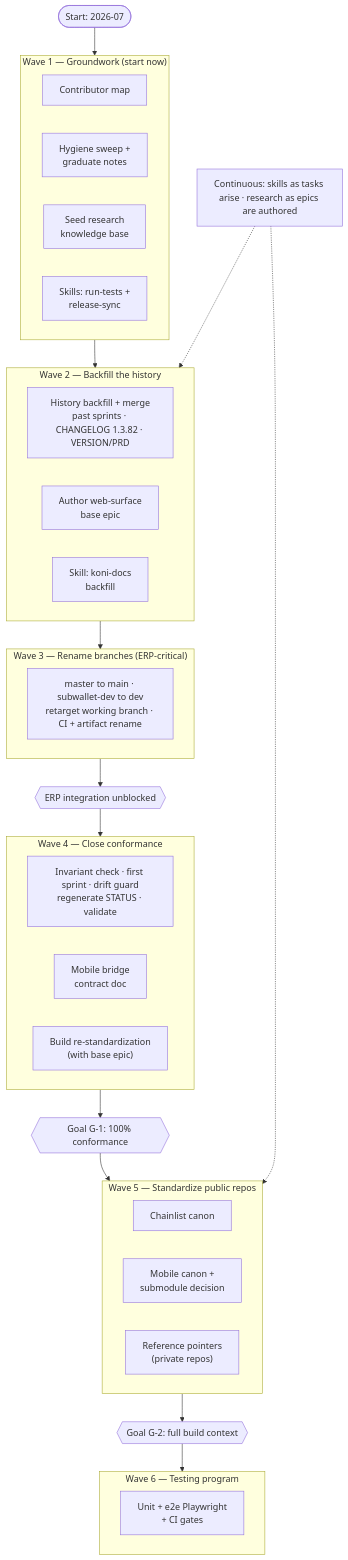
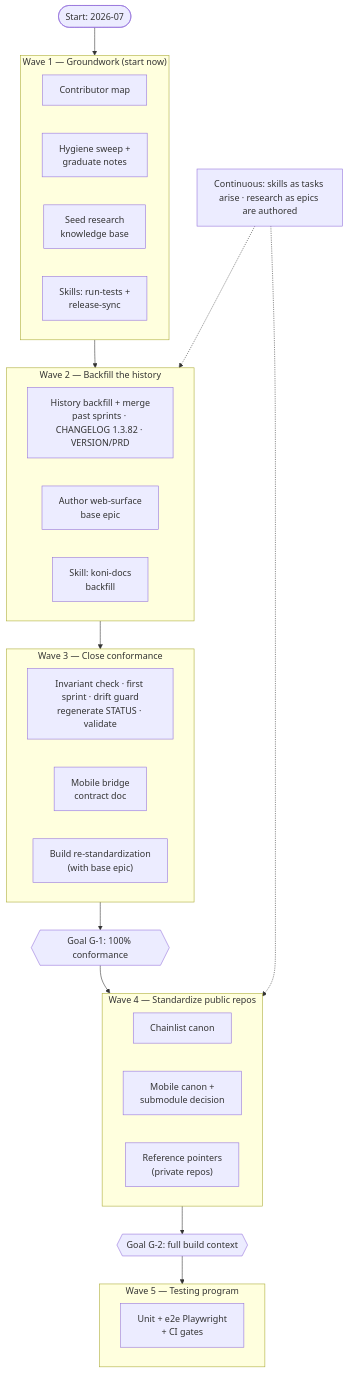
The second of 3 diagrams in docs/notes/2026-07-09.md (Koniverse/SubWallet-Extension), drawn with Mermaid before and after one commit. The commit also changed other lines of this file, not shown here.

First line of the commit message:
docs: remove branch rename (master→main, subwallet-dev→dev) from roadmap plan

````diff
--- a/docs/notes/2026-07-09.md
+++ b/docs/notes/2026-07-09.md
@@ -217,49 +182,44 @@
 ```mermaid
 flowchart TB
     START(["Start: 2026-07"]) --> WGROUND
 
     subgraph WGROUND["Wave 1 — Groundwork (start now)"]
         direction LR
         a1["Contributor map"]
         a2["Hygiene sweep +<br/>graduate notes"]
         a3["Seed research<br/>knowledge base"]
         a4["Skills: run-tests +<br/>release-sync"]
     end
 
     subgraph WBACK["Wave 2 — Backfill the history"]
         direction LR
         b1["History backfill + merge<br/>past sprints · CHANGELOG 1.3.82 · VERSION/PRD"]
         b2["Author web-surface<br/>base epic"]
         b3["Skill: koni-docs<br/>backfill"]
     end
 
-    subgraph WREN["Wave 3 — Rename branches (ERP-critical)"]
-        r1["master to main · subwallet-dev to dev<br/>retarget working branch · CI + artifact rename"]
-    end
-    ERPGATE{{"ERP integration unblocked"}}
-
-    subgraph WCONF["Wave 4 — Close conformance"]
+    subgraph WCONF["Wave 3 — Close conformance"]
         direction LR
         c1["Invariant check · first sprint · drift guard<br/>regenerate STATUS · validate"]
         c2["Mobile bridge<br/>contract doc"]
         c3["Build re-standardization<br/>(with base epic)"]
     end
     G1GATE{{"Goal G-1: 100% conformance"}}
 
-    subgraph WREPO["Wave 5 — Standardize public repos"]
+    subgraph WREPO["Wave 4 — Standardize public repos"]
         direction LR
         i1["Chainlist canon"]
         i2["Mobile canon +<br/>submodule decision"]
         i3["Reference pointers<br/>(private repos)"]
     end
     G2GATE{{"Goal G-2: full build context"}}
 
-    subgraph WTEST["Wave 6 — Testing program"]
+    subgraph WTEST["Wave 5 — Testing program"]
         t1["Unit + e2e Playwright<br/>+ CI gates"]
     end
 
-    WGROUND --> WBACK --> WREN --> ERPGATE --> WCONF --> G1GATE --> WREPO --> G2GATE --> WTEST
+    WGROUND --> WBACK --> WCONF --> G1GATE --> WREPO --> G2GATE --> WTEST
     CONT["Continuous: skills as tasks arise · research as epics are authored"]
     CONT -.-> WBACK
     CONT -.-> WREPO
 ```
````
